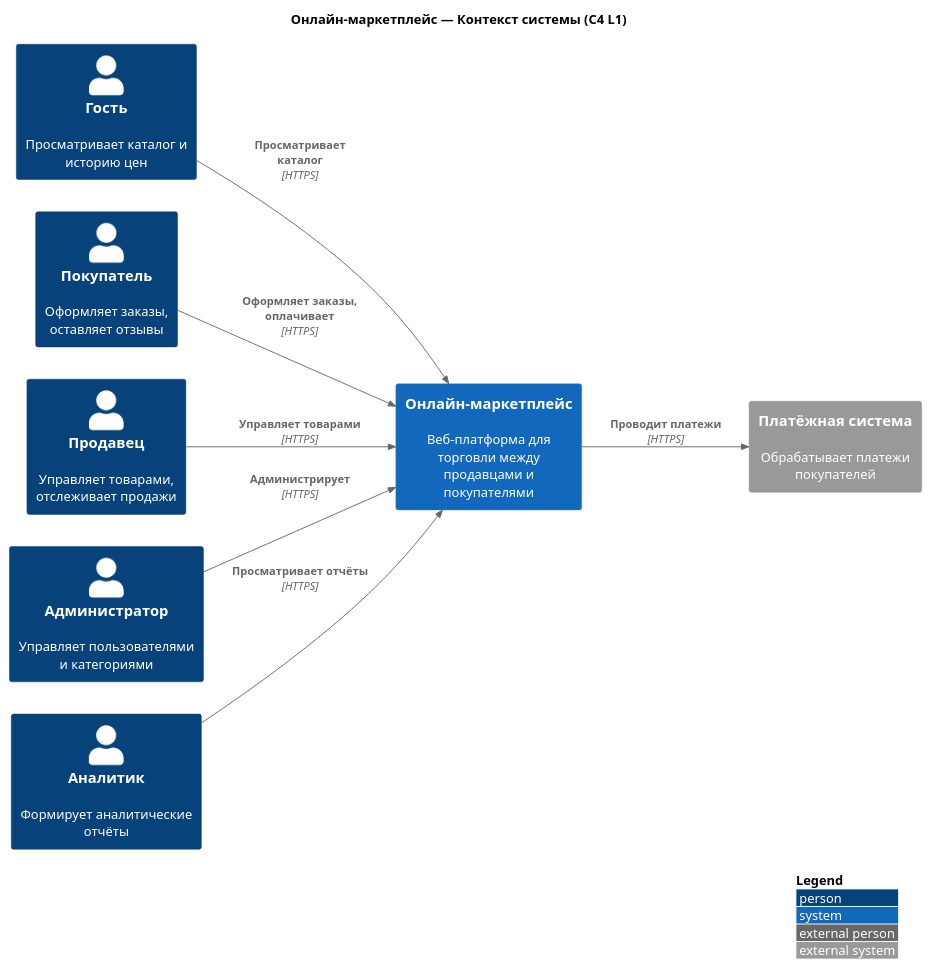
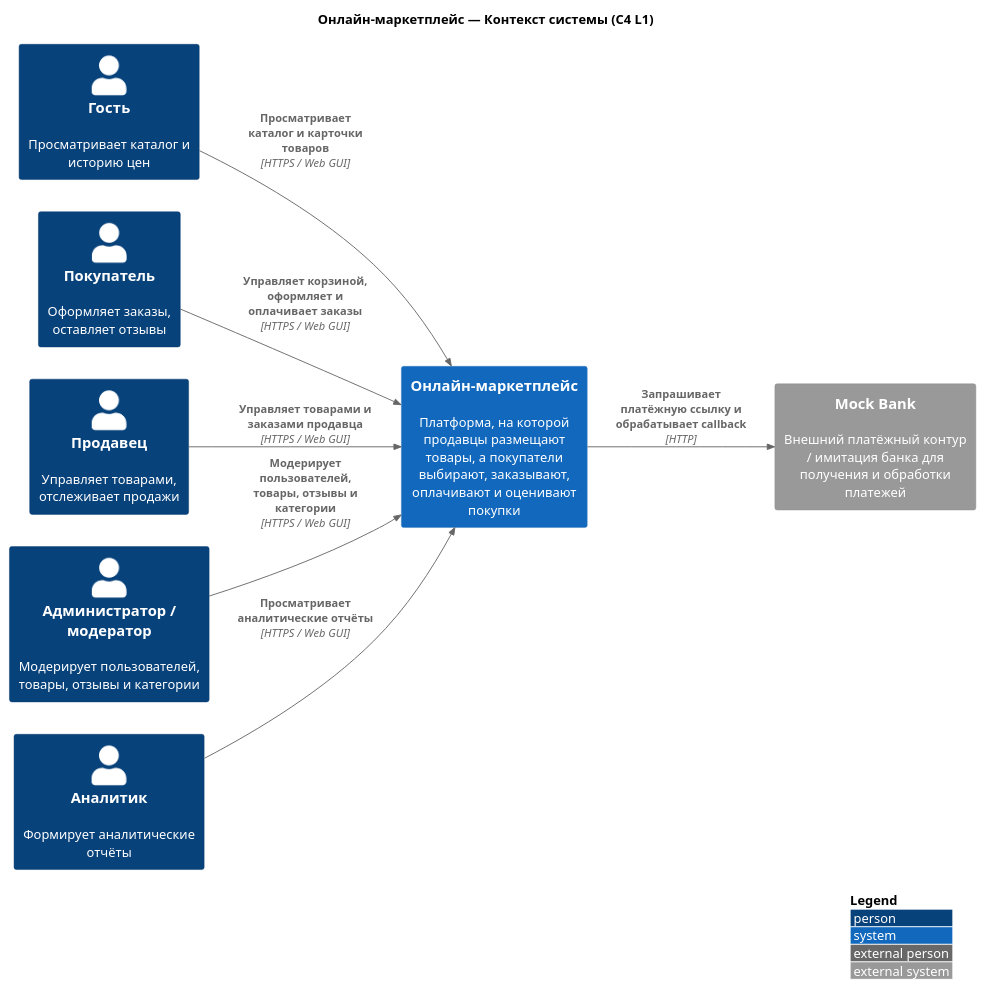
One commit to beastixq/marketplace changed the diagram in diagrams/src/C4_L1.puml. Above: the diagram before and after it, drawn with PlantUML. The commit also changed 14 other files, not shown here.

Commit message:
diagrams(lab6): C4-L1 - L4 updated due to added logging and configuration. ER fixed due to schema changes.

```diff
--- a/diagrams/src/C4_L1.puml
+++ b/diagrams/src/C4_L1.puml
@@ -1,27 +1,27 @@
 @startuml C4_L1
 !include <C4/C4_Context>
 
 LAYOUT_LEFT_RIGHT()
 
 title Онлайн-маркетплейс — Контекст системы (C4 L1)
 
 Person(guest, "Гость", "Просматривает каталог и историю цен")
 Person(buyer, "Покупатель", "Оформляет заказы, оставляет отзывы")
 Person(seller, "Продавец", "Управляет товарами, отслеживает продажи")
-Person(admin, "Администратор", "Управляет пользователями и категориями")
+Person(admin, "Администратор / модератор", "Модерирует пользователей, товары, отзывы и категории")
 Person(analyst, "Аналитик", "Формирует аналитические отчёты")
 
-System(marketplace, "Онлайн-маркетплейс", "Веб-платформа для торговли между продавцами и покупателями")
+System(marketplace, "Онлайн-маркетплейс", "Платформа, на которой продавцы размещают товары, а покупатели выбирают, заказывают, оплачивают и оценивают покупки")
 
-System_Ext(bank, "Платёжная система", "Обрабатывает платежи покупателей")
+System_Ext(bank, "Mock Bank", "Внешний платёжный контур / имитация банка для получения и обработки платежей")
 
-Rel(guest, marketplace, "Просматривает каталог", "HTTPS")
-Rel(buyer, marketplace, "Оформляет заказы, оплачивает", "HTTPS")
-Rel(seller, marketplace, "Управляет товарами", "HTTPS")
-Rel(admin, marketplace, "Администрирует", "HTTPS")
-Rel(analyst, marketplace, "Просматривает отчёты", "HTTPS")
-Rel(marketplace, bank, "Проводит платежи", "HTTPS")
+Rel(guest, marketplace, "Просматривает каталог и карточки товаров", "HTTPS / Web GUI")
+Rel(buyer, marketplace, "Управляет корзиной, оформляет и оплачивает заказы", "HTTPS / Web GUI")
+Rel(seller, marketplace, "Управляет товарами и заказами продавца", "HTTPS / Web GUI")
+Rel(admin, marketplace, "Модерирует пользователей, товары, отзывы и категории", "HTTPS / Web GUI")
+Rel(analyst, marketplace, "Просматривает аналитические отчёты", "HTTPS / Web GUI")
+Rel(marketplace, bank, "Запрашивает платёжную ссылку и обрабатывает callback", "HTTP")
 
 LAYOUT_WITH_LEGEND()
 
 @enduml
```
